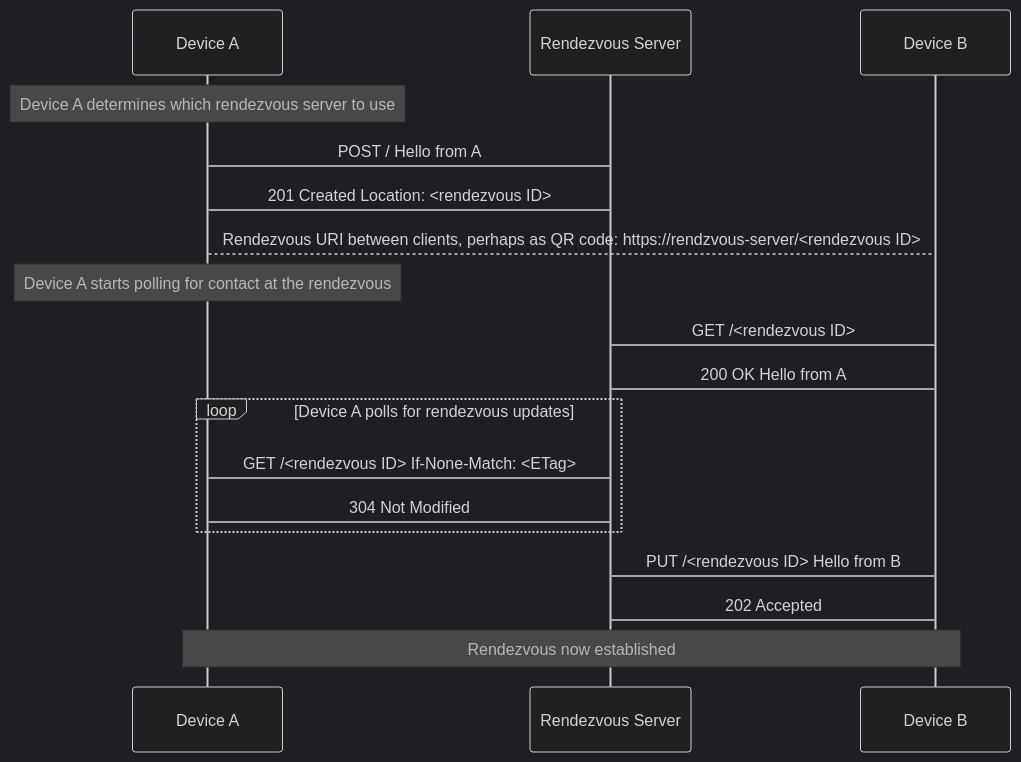
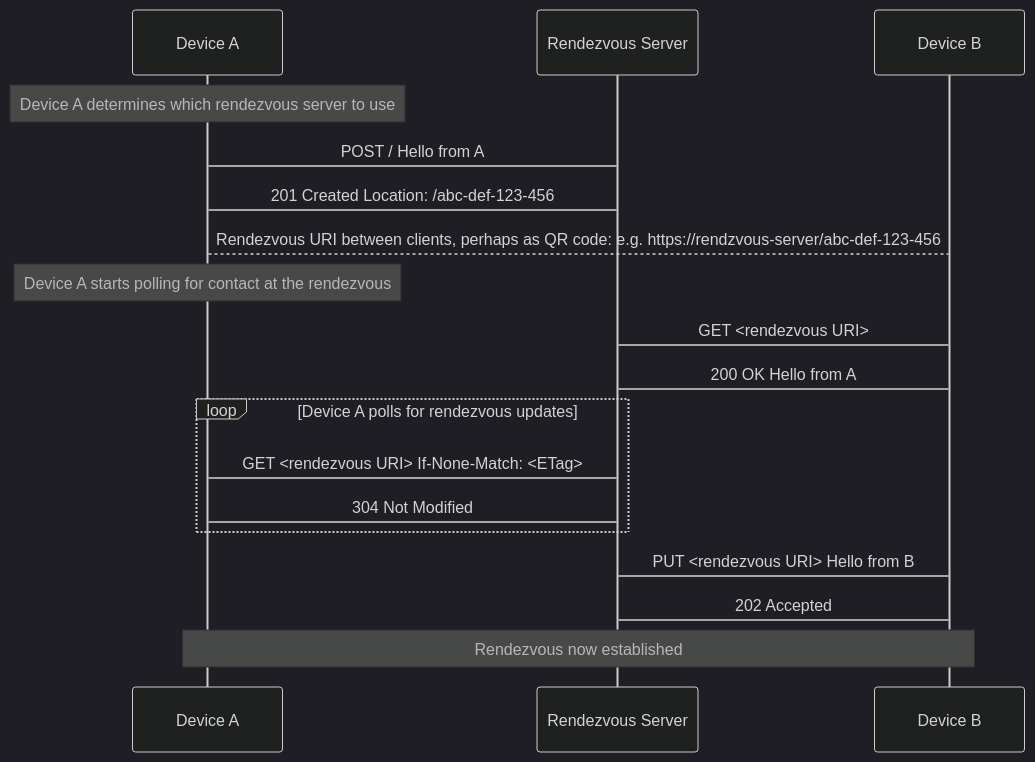
One commit to matrix-org/matrix-spec-proposals changed the diagram in proposals/3886-simple-rendezvous-capability.md. Above: the diagram before and after it, drawn with Mermaid (dark theme). The commit also changed other lines of this file, not shown here.

Commit message:
Use rendezvous URI not IDs

````diff
--- a/proposals/3886-simple-rendezvous-capability.md
+++ b/proposals/3886-simple-rendezvous-capability.md
@@ -27,28 +27,28 @@
 ```mermaid
 
 sequenceDiagram
   participant A as Device A
   participant R as Rendezvous Server
   participant B as Device B
   Note over A: Device A determines which rendezvous server to use
 
   A->R: POST / Hello from A
-  R->A: 201 Created Location: <rendezvous ID>
+  R->A: 201 Created Location: /abc-def-123-456
 
-  A-->B: Rendezvous URI between clients, perhaps as QR code: https://rendzvous-server/<rendezvous ID>
+  A-->B: Rendezvous URI between clients, perhaps as QR code: e.g. https://rendzvous-server/abc-def-123-456
 
   Note over A: Device A starts polling for contact at the rendezvous
 
-  B->R: GET /<rendezvous ID>
+  B->R: GET <rendezvous URI>
   R->B: 200 OK Hello from A
 
   loop Device A polls for rendezvous updates
-    A->R: GET /<rendezvous ID> If-None-Match: <ETag>
+    A->R: GET <rendezvous URI> If-None-Match: <ETag>
     R->A: 304 Not Modified
   end
 
-  B->R: PUT /<rendezvous ID> Hello from B
+  B->R: PUT <rendezvous URI> Hello from B
   R->B: 202 Accepted 
 
   Note over A,B: Rendezvous now established
 ```
````
